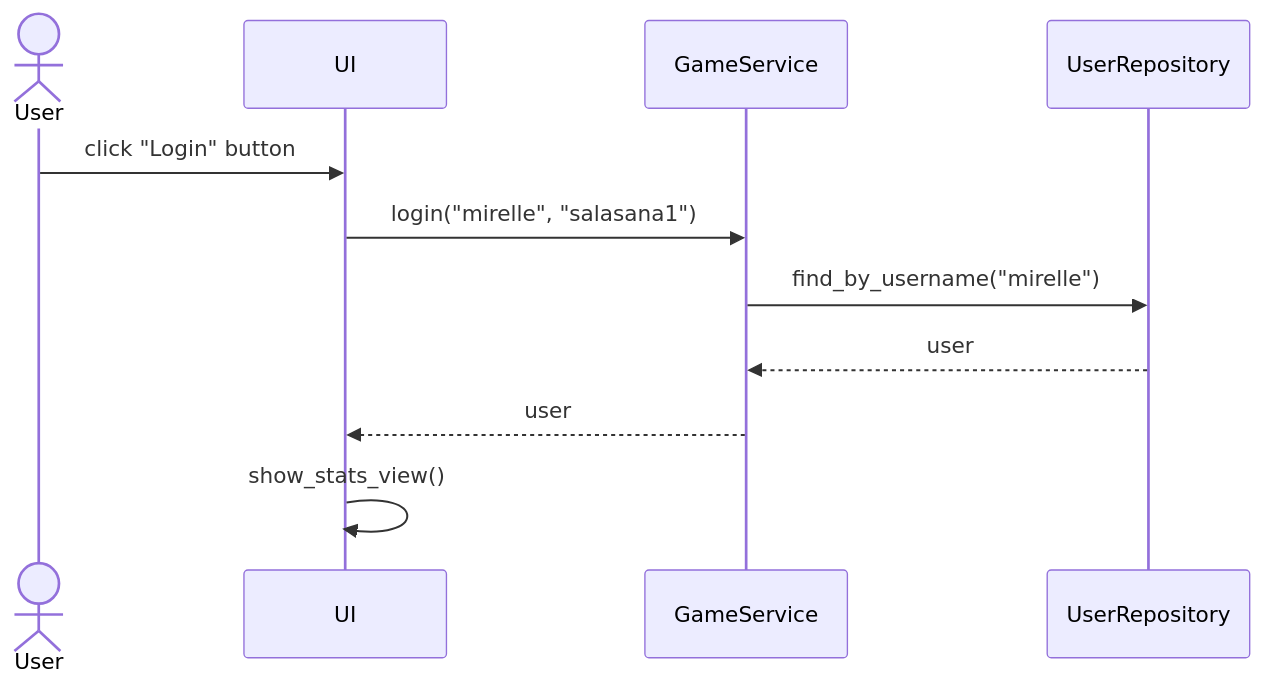
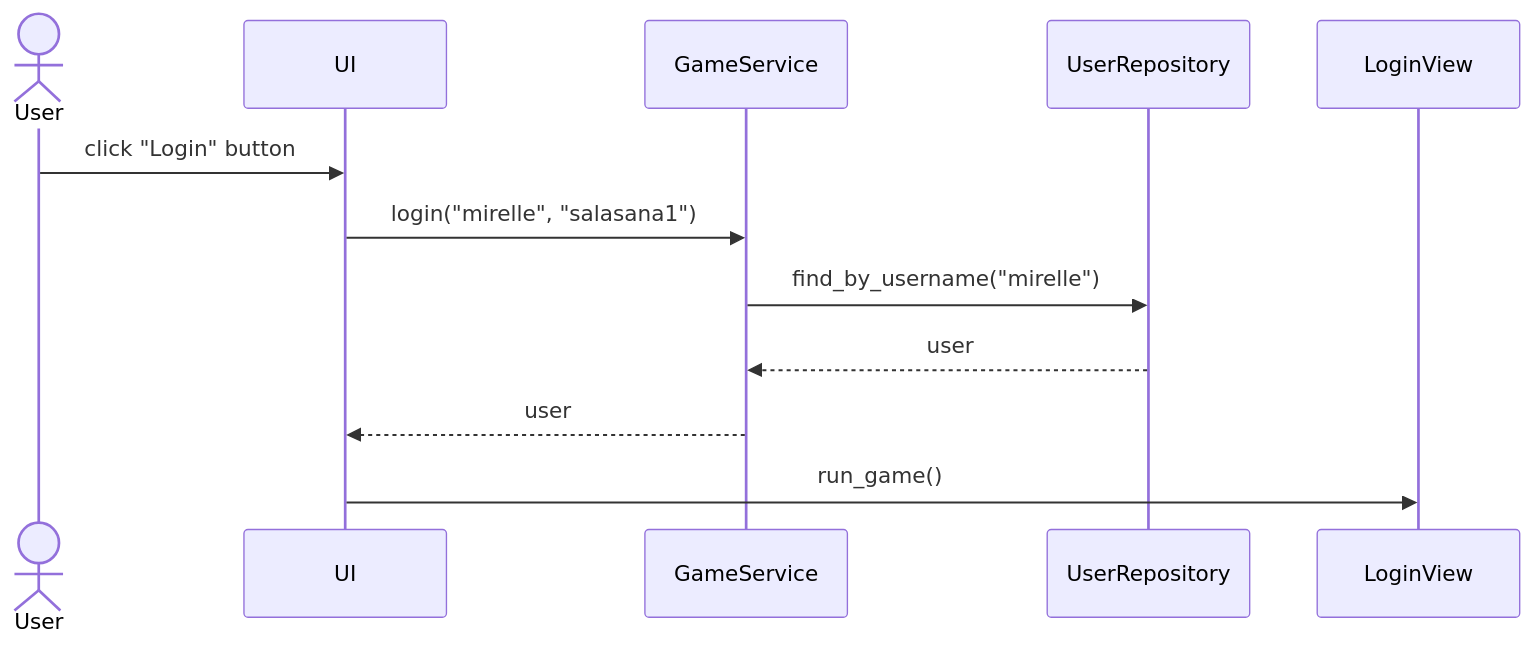
One commit to mirellel/ot-harjoitustyo changed the second of 3 diagrams in dokumentaatio/arkkitehtuuri.md. Above: the diagram before and after it, drawn with Mermaid. The commit also changed other lines of this file, not shown here.

````diff
--- a/dokumentaatio/arkkitehtuuri.md
+++ b/dokumentaatio/arkkitehtuuri.md
@@ -56,13 +56,14 @@
 ```mermaid
 sequenceDiagram
   actor User
   participant UI
   participant GameService
   participant UserRepository
+  participant LoginView
   User->>UI: click "Login" button
   UI->>GameService: login("mirelle", "salasana1")
   GameService->>UserRepository: find_by_username("mirelle")
   UserRepository-->>GameService: user
   GameService-->>UI: user
-  UI->>UI: show_stats_view()
+  UI->>LoginView: run_game()
 ```
````
